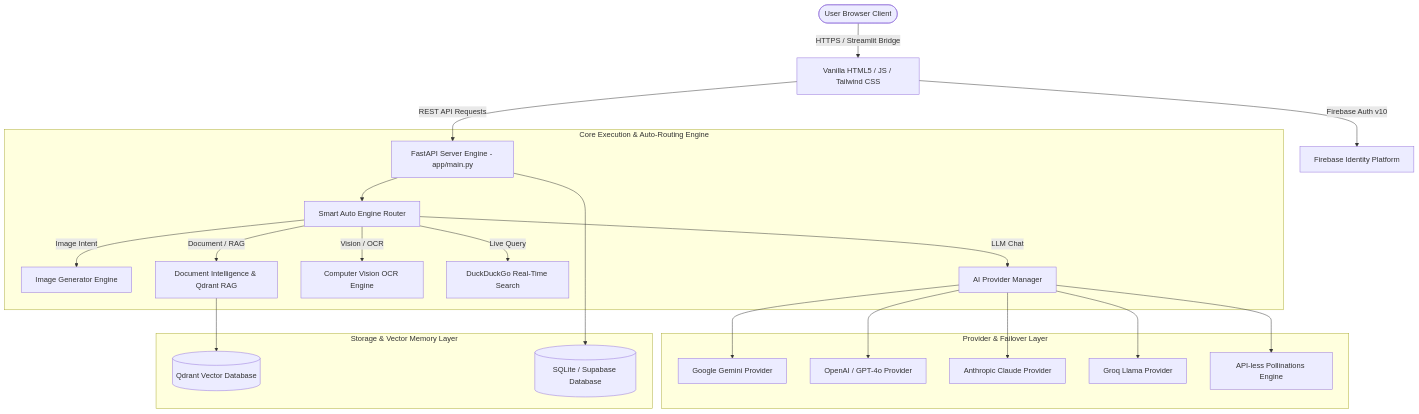
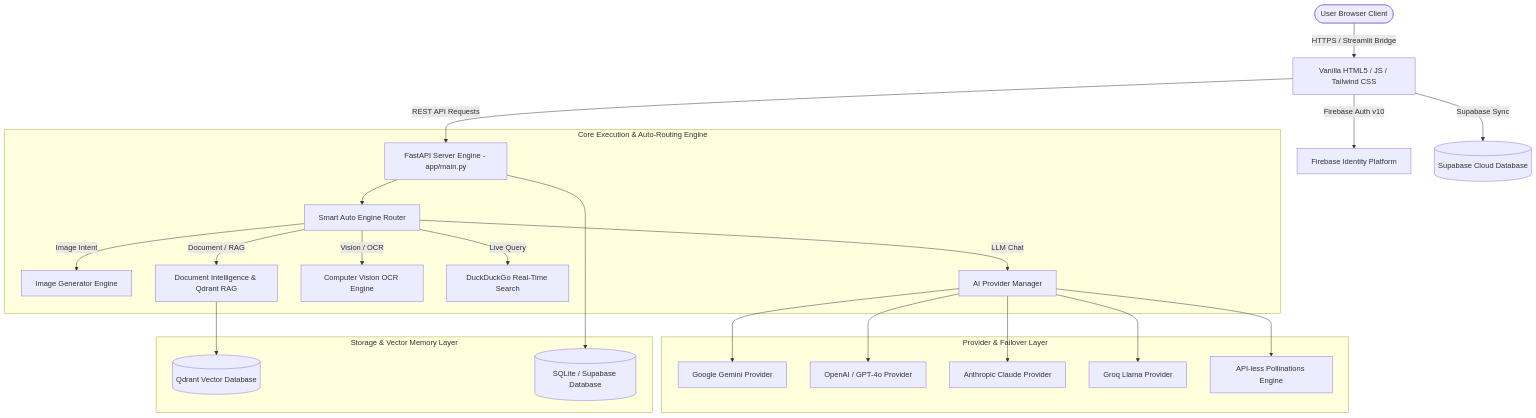
Before and after one commit to KAVATIJOHNSHREYAN/AETHERMIND-MULTI-MODAL-AI: the diagram in README.md, drawn with Mermaid. The commit also changed other lines of this file, not shown here.

````diff
--- a/README.md
+++ b/README.md
@@ -103,28 +124,29 @@
 ```mermaid
 graph TD
     User([User Browser Client]) -->|HTTPS / Streamlit Bridge| Frontend[Vanilla HTML5 / JS / Tailwind CSS]
     Frontend -->|Firebase Auth v10| FirebaseAuth[Firebase Identity Platform]
+    Frontend -->|Supabase Sync| SupabaseDB[(Supabase Cloud Database)]
     Frontend -->|REST API Requests| FastAPIServer[FastAPI Server Engine - app/main.py]
 
     subgraph Core Execution & Auto-Routing Engine
         FastAPIServer --> SmartRouter[Smart Auto Engine Router]
         SmartRouter -->|Image Intent| ImageEngine[Image Generator Engine]
         SmartRouter -->|Document / RAG| DocumentEngine[Document Intelligence & Qdrant RAG]
         SmartRouter -->|Vision / OCR| VisionEngine[Computer Vision OCR Engine]
         SmartRouter -->|Live Query| WebSearchEngine[DuckDuckGo Real-Time Search]
         SmartRouter -->|LLM Chat| ProviderManager[AI Provider Manager]
     end
 
     subgraph Provider & Failover Layer
         ProviderManager --> Gemini[Google Gemini Provider]
         ProviderManager --> OpenAI[OpenAI / GPT-4o Provider]
         ProviderManager --> Claude[Anthropic Claude Provider]
         ProviderManager --> Groq[Groq Llama Provider]
         ProviderManager --> Apiless[API-less Pollinations Engine]
     end
 
     subgraph Storage & Vector Memory Layer
         DocumentEngine --> QdrantDB[(Qdrant Vector Database)]
         FastAPIServer --> RelationalDB[(SQLite / Supabase Database)]
     end
 ```
````
